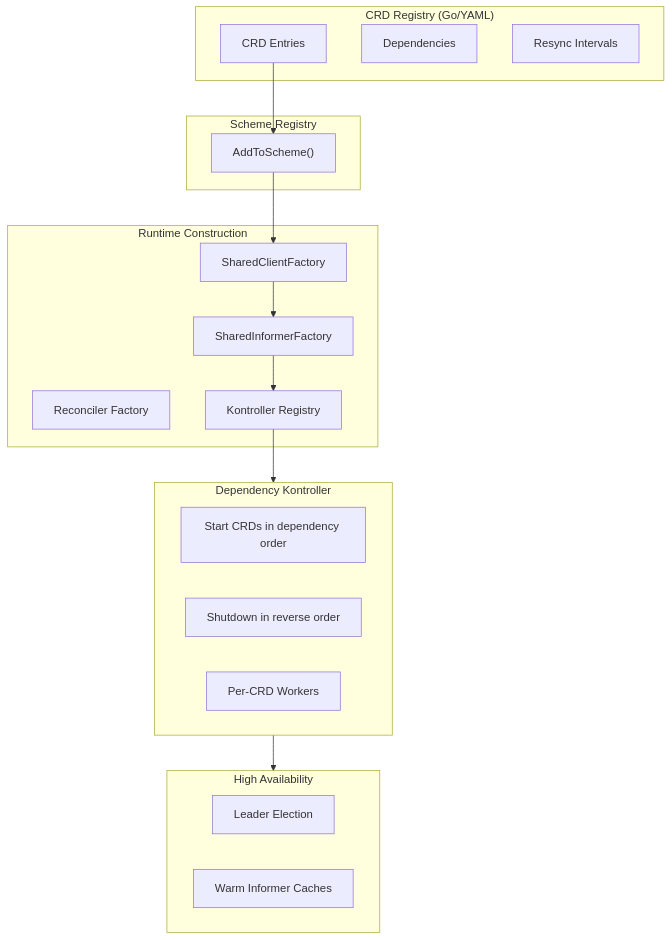
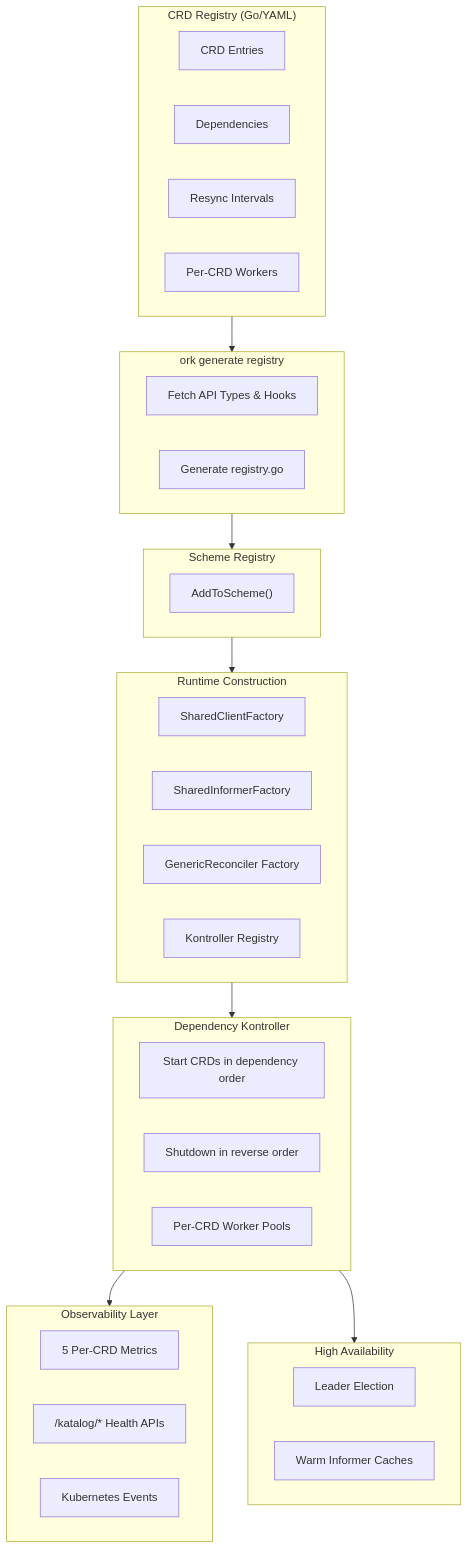
Before and after one commit to iAlexeze/orkestra: the first of 2 diagrams in docs/architectural-deep-dive.md, drawn with Mermaid. The commit also changed other lines of this file and 5 other files, not shown here.

````diff
--- a/docs/architectural-deep-dive.md
+++ b/docs/architectural-deep-dive.md
@@ -36,37 +37,49 @@
 ```mermaid
 flowchart TB
     subgraph Registry["CRD Registry (Go/YAML)"]
         CRD["CRD Entries"]
         DEP["Dependencies"]
         RESYNC["Resync Intervals"]
+        WORKERS["Per‑CRD Workers"]
+    end
+
+    subgraph Generation["`ork generate registry`"]
+        FETCH["Fetch API Types & Hooks"]
+        REGEN["Generate registry.go"]
     end
 
     subgraph Scheme["Scheme Registry"]
         SCH["AddToScheme()"]
     end
 
     subgraph Runtime["Runtime Construction"]
         CPF["SharedClientFactory"]
         INF["SharedInformerFactory"]
-        CREC["Reconciler Factory"]
+        GR["GenericReconciler Factory"]
         CREG["Kontroller Registry"]
     end
 
     subgraph Control["Dependency Kontroller"]
         START["Start CRDs in dependency order"]
         STOP["Shutdown in reverse order"]
-        WORK["Per‑CRD Workers"]
+        WORK["Per‑CRD Worker Pools"]
+    end
+
+    subgraph Observability["Observability Layer"]
+        METRICS["5 Per‑CRD Metrics"]
+        HEALTH["/katalog/* Health APIs"]
+        EVENTS["Kubernetes Events"]
     end
 
     subgraph HA["High Availability"]
         LE["Leader Election"]
         CACHE["Warm Informer Caches"]
     end
 
-    CRD --> SCH
-    SCH --> CPF
-    CPF --> INF
-    INF --> CREG
-    CREG --> Control
+    Registry --> Generation
+    Generation --> Scheme
+    Scheme --> Runtime
+    Runtime --> Control
+    Control --> Observability
     Control --> HA
 ```
````
